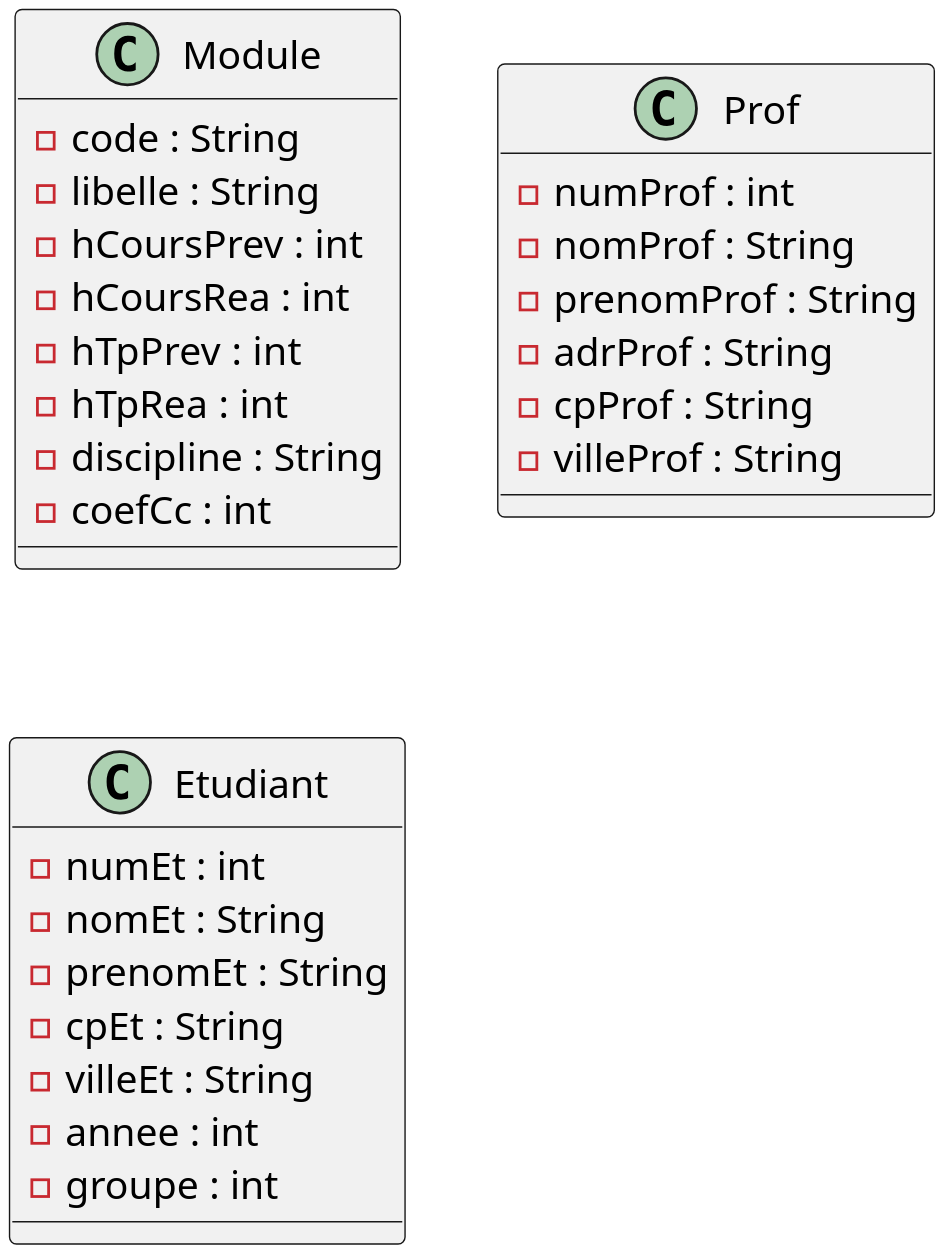
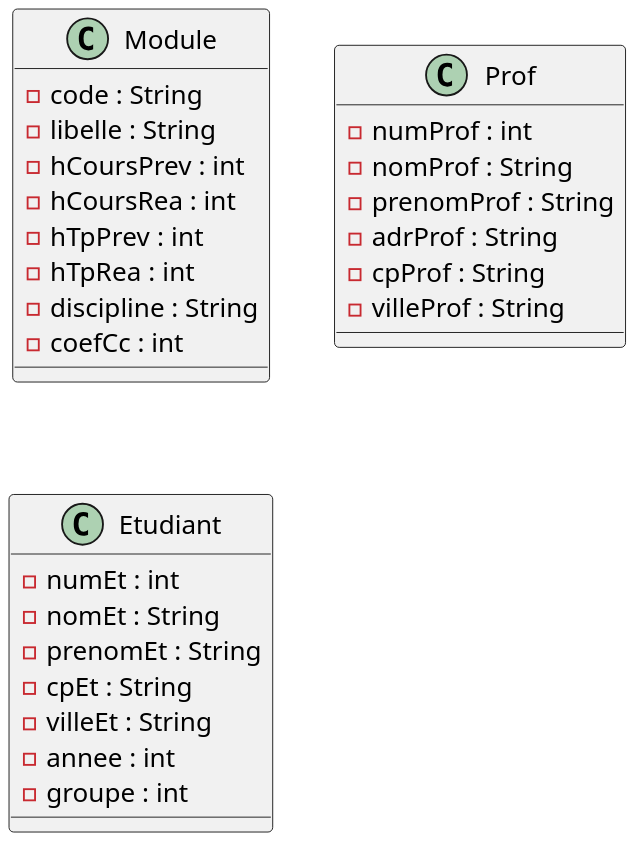
One commit to IUTInfoAix-M3106/TpJdbc changed the diagram in src/main/resources/assets/ClassesMetier.puml. Above: the diagram before and after it, drawn with PlantUML. The commit also changed 8 other files, not shown here.

Commit message:
Ajout des diagramme pour les associations non hiérarchiques

```diff
--- a/src/main/resources/assets/ClassesMetier.puml
+++ b/src/main/resources/assets/ClassesMetier.puml
@@ -1,34 +1,33 @@
 @startuml
-
-scale 3
+scale 2
 
 class Module{
 -code : String
 -libelle : String
 -hCoursPrev : int
 -hCoursRea : int
 -hTpPrev : int
 -hTpRea : int
 -discipline : String
 -coefCc : int
 }
 
 class Prof{
 -numProf : int
 -nomProf : String
 -prenomProf : String
 -adrProf : String
 -cpProf : String
 -villeProf : String
 }
 
 class Etudiant{
 -numEt : int
 -nomEt : String
 -prenomEt : String
 -cpEt : String
 -villeEt : String
 -annee : int
 -groupe : int
 }
 @enduml
```
